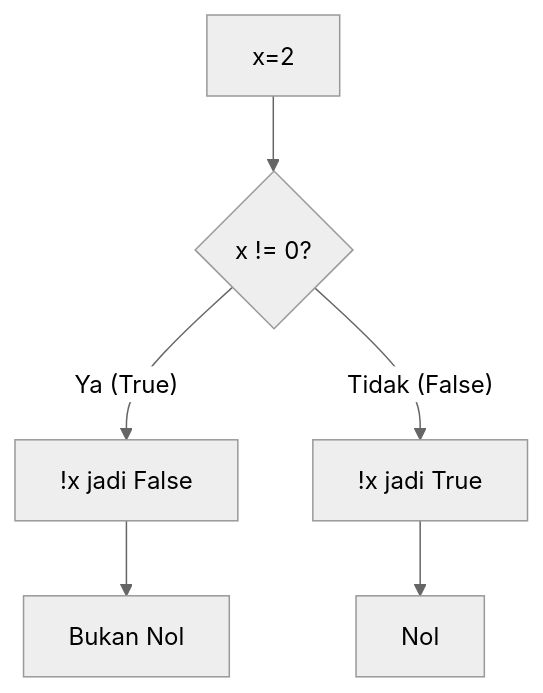
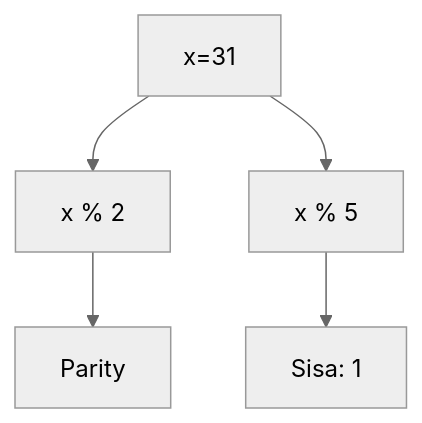
The ninth of 25 diagrams in part-c-pemahaman-cpp/02-percabangan/latihan/set-12.md (amnahwaida/OSNK_INF_PREP), drawn with Mermaid (neutral theme) before and after one commit. The commit also changed other lines of this file and 71 other files, not shown here.

````diff
--- a/part-c-pemahaman-cpp/02-percabangan/latihan/set-12.md
+++ b/part-c-pemahaman-cpp/02-percabangan/latihan/set-12.md
@@ -228,8 +263,7 @@
 ```mermaid
 graph TD
-    A[x=2] --> B{x != 0?}
-    B -- Ya (True) --> C["!x jadi False"]
-    B -- Tidak (False) --> D["!x jadi True"]
-    C --> E[Bukan Nol]
-    D --> F[Nol]
+A[x=31] --> B[x % 2]
+B --> C[Parity]
+A --> D[x % 5]
+D --> E[Sisa: 1]
 ```
````
